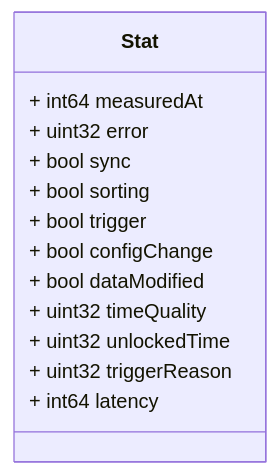
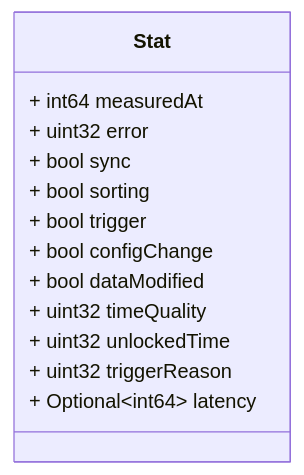
The diagram in docs/c37118/v1/stat.proto.md (zaphiro-technologies/protobuf), drawn with Mermaid before and after one commit. The commit also changed other lines of this file and 10 other files, not shown here.

````diff
--- a/docs/c37118/v1/stat.proto.md
+++ b/docs/c37118/v1/stat.proto.md
@@ -26,26 +26,26 @@
 ```mermaid
 classDiagram
 direction LR
 
 %% A Stat of PMU data, check IEEE C37.118 standard for more details.
 %% Headers used in rabbitMQ:
 %% * `id` (string): id of the `Stat` message.
 %% * `producerId` (string): the id of the producer (e.g. a PMU) linked to the dataset.
 %% * `timestampId` (int64): related measurement Unix msec timestamp (if any)
 %% 
 
 class Stat {
   + int64 measuredAt
   + uint32 error
   + bool sync
   + bool sorting
   + bool trigger
   + bool configChange
   + bool dataModified
   + uint32 timeQuality
   + uint32 unlockedTime
   + uint32 triggerReason
-  + int64 latency
+  + Optional~int64~ latency
 }
 
 ```
````
